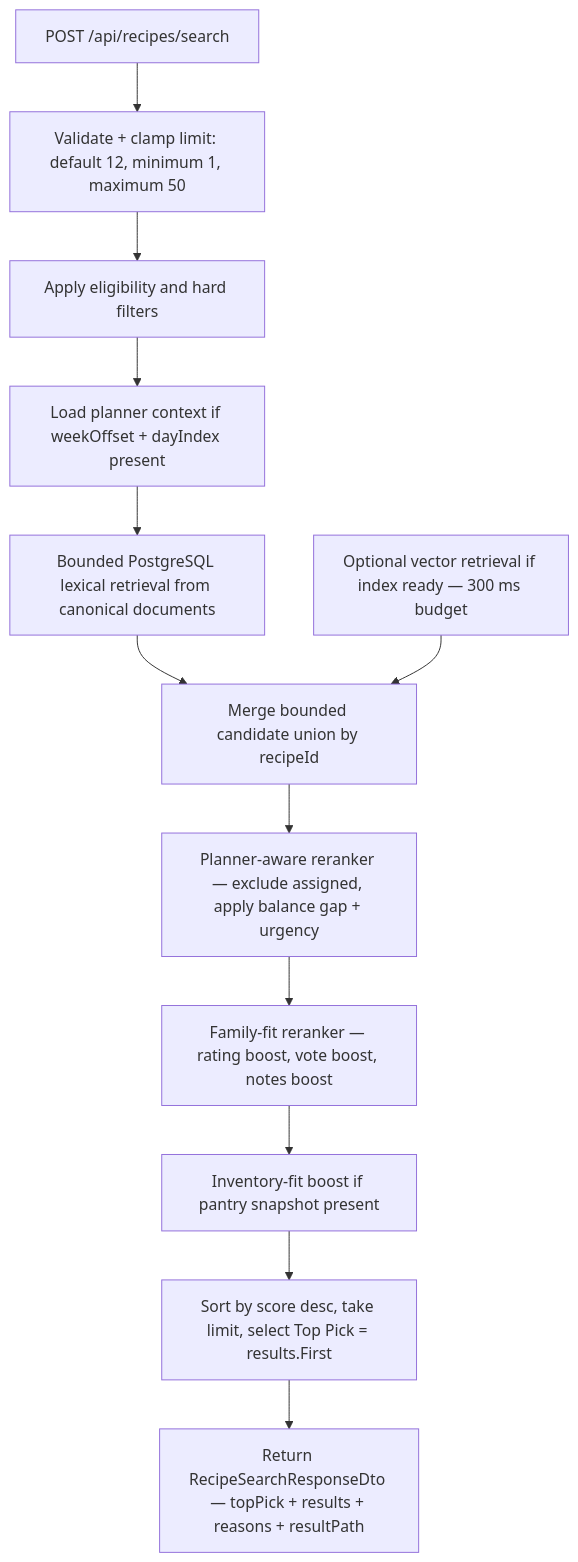
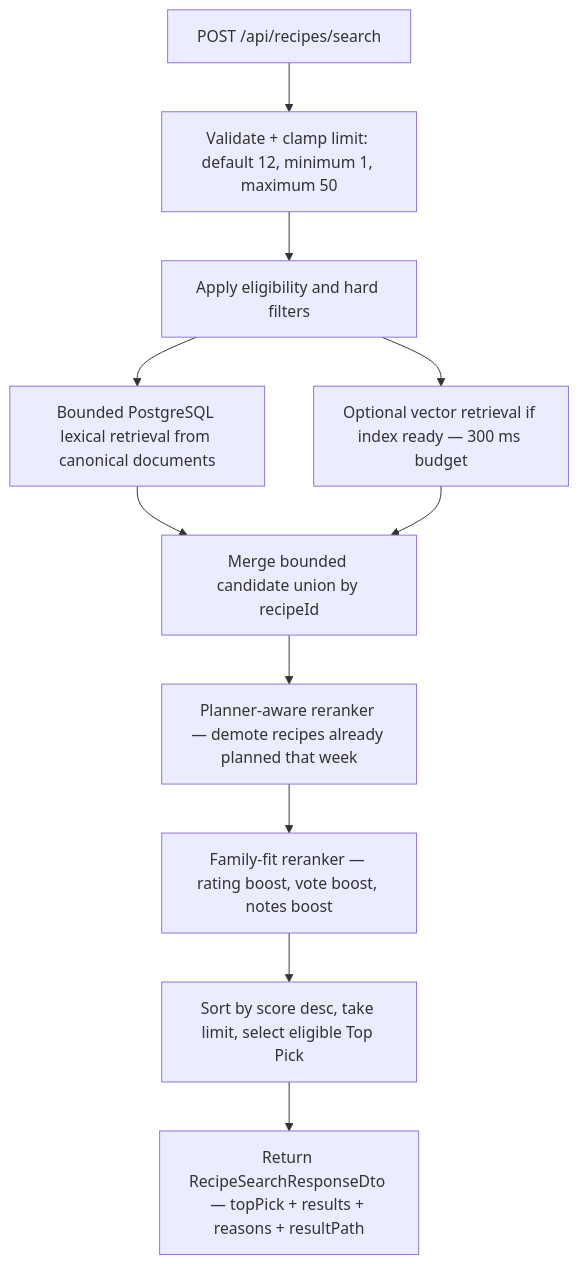
Before and after one commit to AlexandreBrisebois/whats-for-supper: the first of 7 diagrams in docs/flows/data-flows/recipe-search-index-and-recovery.md, drawn with Mermaid. The commit also changed other lines of this file and 35 other files, not shown here.

````diff
--- a/docs/flows/data-flows/recipe-search-index-and-recovery.md
+++ b/docs/flows/data-flows/recipe-search-index-and-recovery.md
@@ -33,15 +32,14 @@
 ```mermaid
 flowchart TD
     A[POST /api/recipes/search] --> B[Validate + clamp limit: default 12, minimum 1, maximum 50]
     B --> C[Apply eligibility and hard filters]
-    C --> D[Load planner context if weekOffset + dayIndex present]
-    D --> E[Load pantry snapshot if pantrySnapshotId present]
-    E[Bounded PostgreSQL lexical retrieval from canonical documents] --> F
-    E2[Optional vector retrieval if index ready — 300 ms budget] --> F
+    C --> E[Bounded PostgreSQL lexical retrieval from canonical documents]
+    C --> E2[Optional vector retrieval if index ready — 300 ms budget]
+    E --> F
+    E2 --> F
     F[Merge bounded candidate union by recipeId] --> G
-    G[Planner-aware reranker — exclude assigned, apply balance gap + urgency] --> H
-    H[Family-fit reranker — rating boost, vote boost, notes boost] --> I
-    I[Inventory-fit boost if pantry snapshot present] --> J
-    J[Sort by score desc, take limit, select Top Pick = results.First] --> K
+    G[Planner-aware reranker — demote recipes already planned that week] --> H
+    H[Family-fit reranker — rating boost, vote boost, notes boost] --> J
+    J[Sort by score desc, take limit, select eligible Top Pick] --> K
     K[Return RecipeSearchResponseDto — topPick + results + reasons + resultPath]
 ```
````
